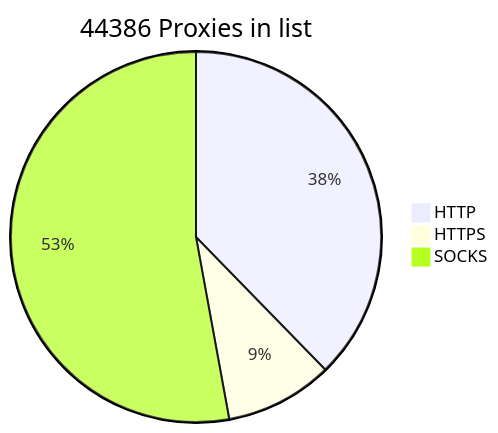
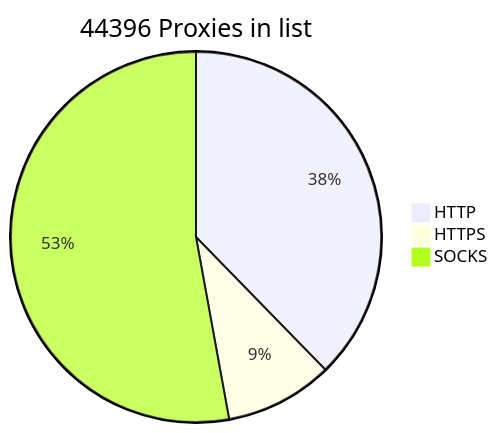
One commit to BlackSnowDot/proxylist-update-every-minute changed the diagram in README.md. Above: the diagram before and after it, drawn with Mermaid.

````diff
--- a/README.md
+++ b/README.md
@@ -2,6 +2,6 @@
 ```mermaid
-pie title 44386 Proxies in list
-    "HTTP" : 18256
-    "HTTPS": 4562
+pie title 44396 Proxies in list
+    "HTTP" : 18258
+    "HTTPS": 4570
     "SOCKS" : 25604
 ```
````
